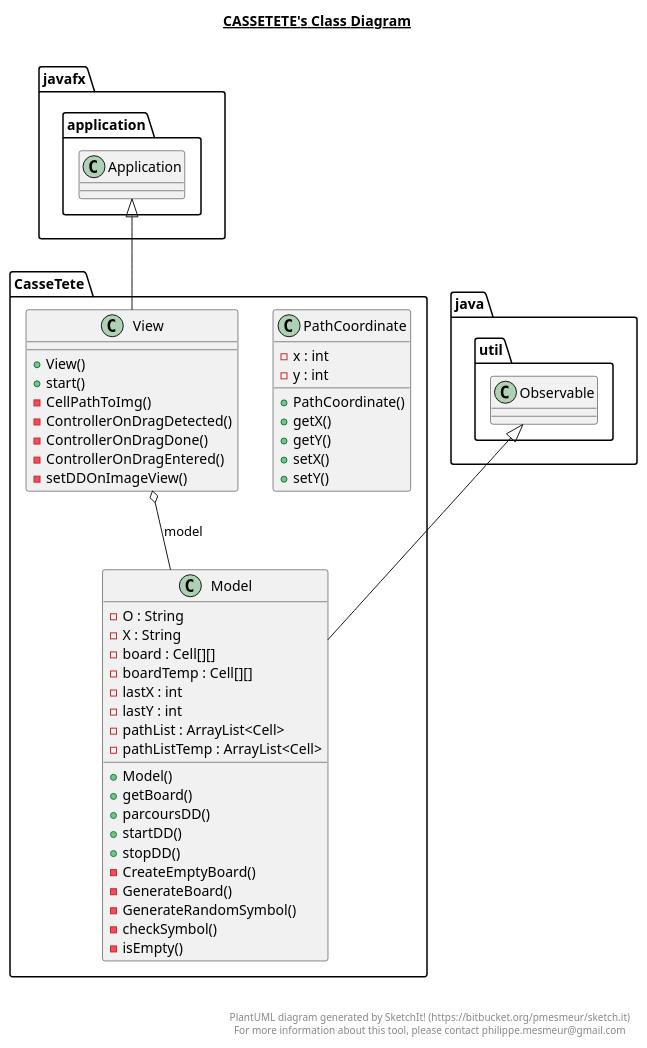
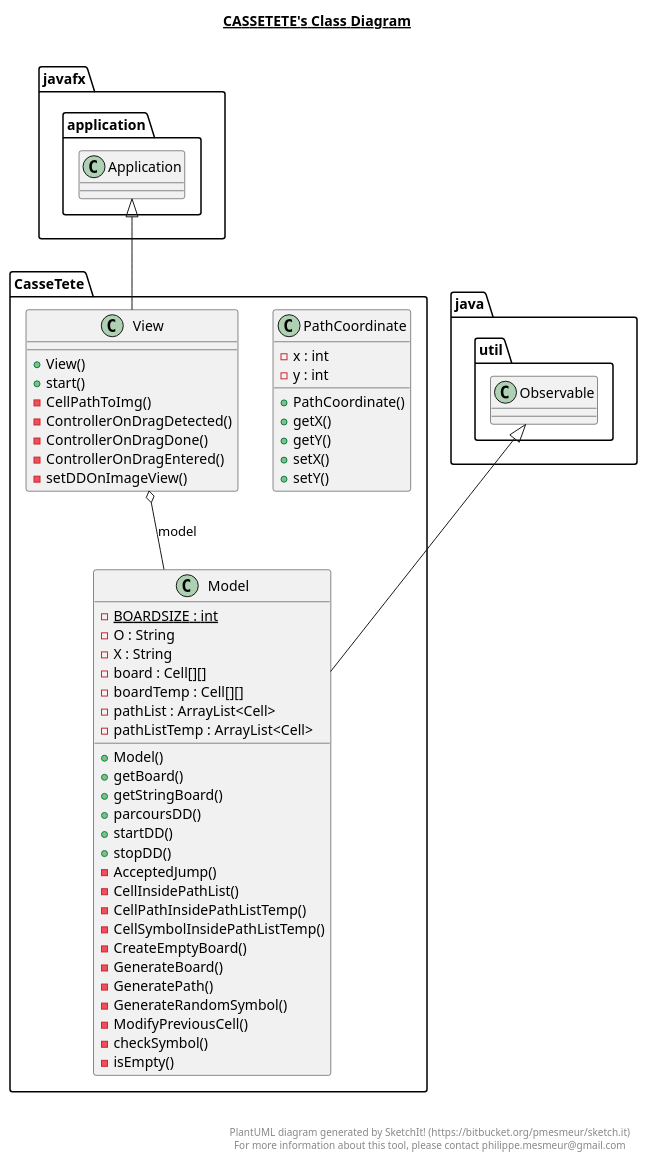
One commit to Mex21/CasseTete changed the diagram in src/CasseTete/CasseTete.plantuml. Above: the diagram before and after it, drawn with PlantUML. The commit also changed 3 other files, not shown here.

```diff
--- a/src/CasseTete/CasseTete.plantuml
+++ b/src/CasseTete/CasseTete.plantuml
@@ -1,67 +1,73 @@
 @startuml
 
 title __CASSETETE's Class Diagram__\n
 
   namespace CasseTete {
     class CasseTete.Model {
+        {static} - BOARDSIZE : int
         - O : String
         - X : String
         - board : Cell[][]
         - boardTemp : Cell[][]
-        - lastX : int
-        - lastY : int
         - pathList : ArrayList<Cell>
         - pathListTemp : ArrayList<Cell>
         + Model()
         + getBoard()
+        + getStringBoard()
         + parcoursDD()
         + startDD()
         + stopDD()
+        - AcceptedJump()
+        - CellInsidePathList()
+        - CellPathInsidePathListTemp()
+        - CellSymbolInsidePathListTemp()
         - CreateEmptyBoard()
         - GenerateBoard()
+        - GeneratePath()
         - GenerateRandomSymbol()
+        - ModifyPreviousCell()
         - checkSymbol()
         - isEmpty()
     }
   }
   
 
   namespace CasseTete {
     class CasseTete.PathCoordinate {
         - x : int
         - y : int
         + PathCoordinate()
         + getX()
         + getY()
         + setX()
         + setY()
     }
   }
   
 
   namespace CasseTete {
     class CasseTete.View {
         + View()
         + start()
         - CellPathToImg()
         - ControllerOnDragDetected()
         - ControllerOnDragDone()
         - ControllerOnDragEntered()
         - setDDOnImageView()
     }
   }
   
 
   CasseTete.Model -up-|> java.util.Observable
   CasseTete.View -up-|> javafx.application.Application
   CasseTete.View o-- CasseTete.Model : model
 
 
 right footer
 
 
 PlantUML diagram generated by SketchIt! (https://bitbucket.org/pmesmeur/sketch.it)
 For more information about this tool, please contact philippe.mesmeur@gmail.com
 endfooter
 
 @enduml
```
